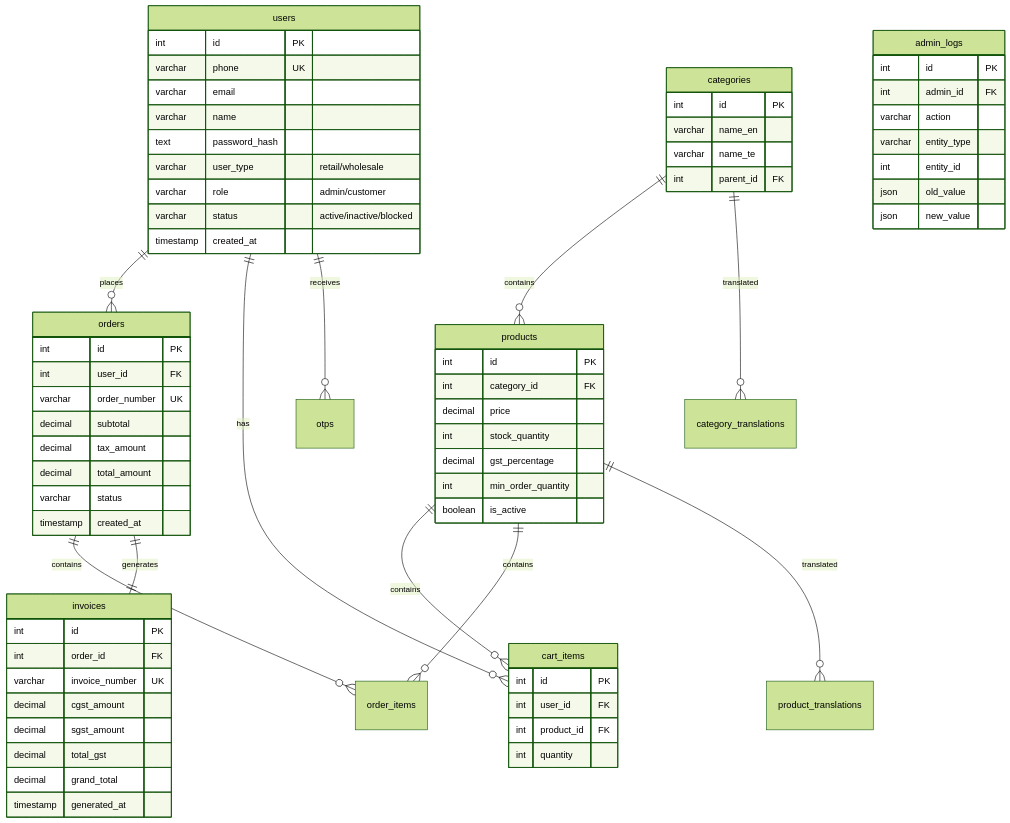
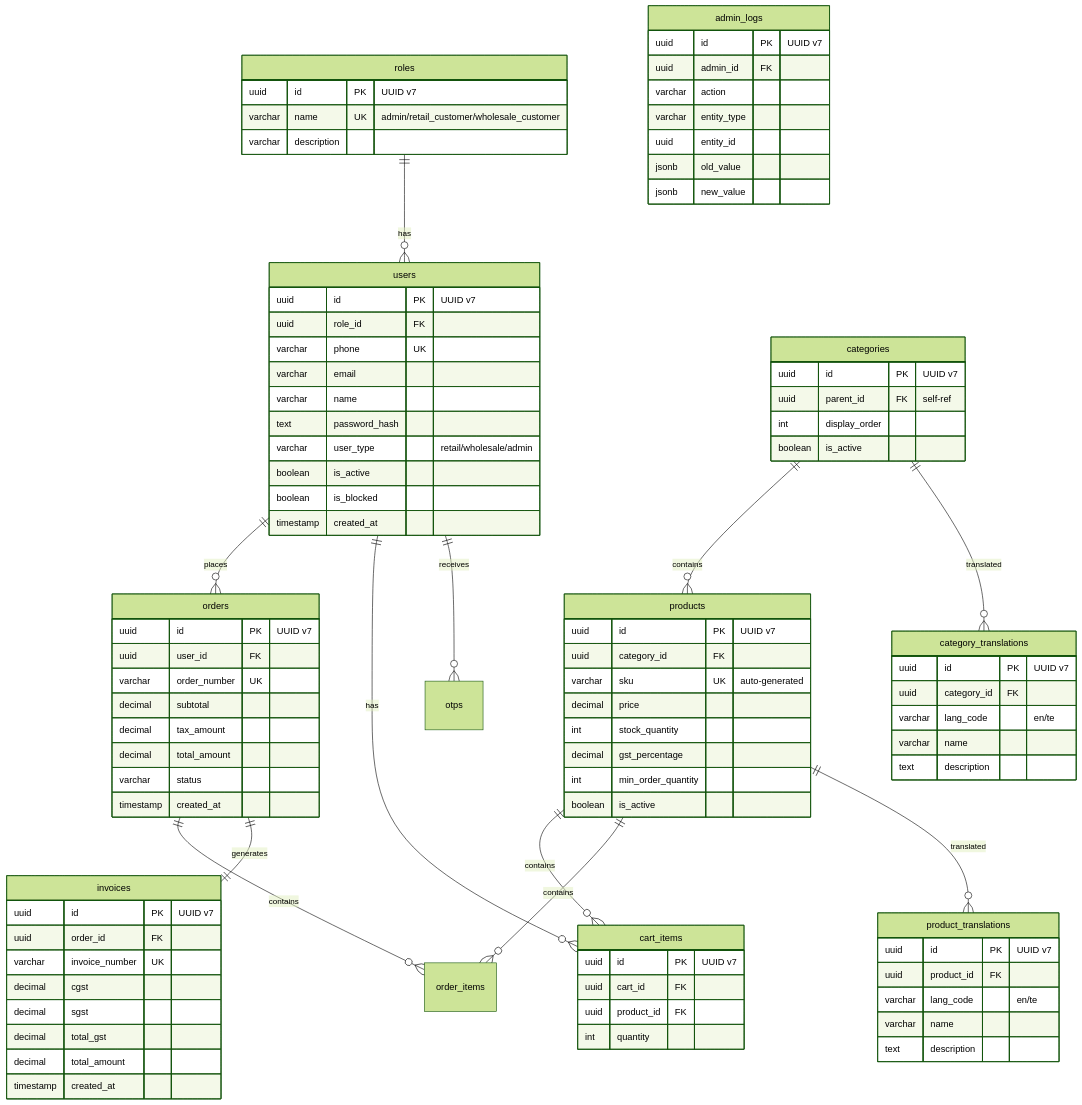
The third of 7 diagrams in README.md (LasyWorks/MK-REDDY-GENRAL-STORES), drawn with Mermaid (forest theme) before and after one commit. The commit also changed other lines of this file and 23 other files, not shown here.

First line of the commit message:
feat: UUID v7 PKs, auto-translation, auto-SKU, remove seed/CSV

````diff
--- a/README.md
+++ b/README.md
@@ -155,26 +159,35 @@
 ```mermaid
 erDiagram
+    roles ||--o{ users : has
     users ||--o{ orders : places
     users ||--o{ cart_items : has
     users ||--o{ otps : receives
     users {
-        int id PK
+        uuid id PK "UUID v7"
+        uuid role_id FK
         varchar phone UK
         varchar email
         varchar name
         text password_hash
-        varchar user_type "retail/wholesale"
-        varchar role "admin/customer"
-        varchar status "active/inactive/blocked"
+        varchar user_type "retail/wholesale/admin"
+        boolean is_active
+        boolean is_blocked
         timestamp created_at
+    }
+    
+    roles {
+        uuid id PK "UUID v7"
+        varchar name UK "admin/retail_customer/wholesale_customer"
+        varchar description
     }
     
     products ||--o{ cart_items : contains
     products ||--o{ order_items : contains
     products ||--o{ product_translations : translated
     products {
-        int id PK
-        int category_id FK
+        uuid id PK "UUID v7"
+        uuid category_id FK
+        varchar sku UK "auto-generated"
         decimal price
         int stock_quantity
         decimal gst_percentage
@@ -185,17 +198,33 @@
     categories ||--o{ products : contains
     categories ||--o{ category_translations : translated
     categories {
-        int id PK
-        varchar name_en
-        varchar name_te
-        int parent_id FK
+        uuid id PK "UUID v7"
+        uuid parent_id FK "self-ref"
+        int display_order
+        boolean is_active
+    }
+    
+    category_translations {
+        uuid id PK "UUID v7"
+        uuid category_id FK
+        varchar lang_code "en/te"
+        varchar name
+        text description
+    }
+    
+    product_translations {
+        uuid id PK "UUID v7"
+        uuid product_id FK
+        varchar lang_code "en/te"
+        varchar name
+        text description
     }
     
     orders ||--o{ order_items : contains
     orders ||--|| invoices : generates
     orders {
-        int id PK
-        int user_id FK
+        uuid id PK "UUID v7"
+        uuid user_id FK
         varchar order_number UK
         decimal subtotal
         decimal tax_amount
@@ -205,30 +234,30 @@
     }
     
     invoices {
-        int id PK
-        int order_id FK
+        uuid id PK "UUID v7"
+        uuid order_id FK
         varchar invoice_number UK
-        decimal cgst_amount
-        decimal sgst_amount
+        decimal cgst
+        decimal sgst
         decimal total_gst
-        decimal grand_total
-        timestamp generated_at
+        decimal total_amount
+        timestamp created_at
     }
     
     cart_items {
-        int id PK
-        int user_id FK
-        int product_id FK
+        uuid id PK "UUID v7"
+        uuid cart_id FK
+        uuid product_id FK
         int quantity
     }
     
     admin_logs {
-        int id PK
-        int admin_id FK
+        uuid id PK "UUID v7"
+        uuid admin_id FK
         varchar action
         varchar entity_type
-        int entity_id
-        json old_value
-        json new_value
+        uuid entity_id
+        jsonb old_value
+        jsonb new_value
     }
 ```
````
